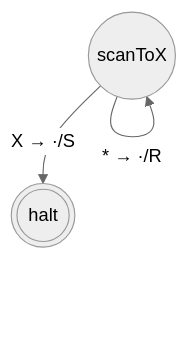
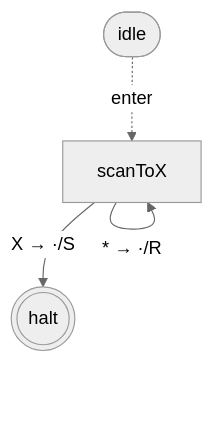
One commit to mellonis/turing-machine-js changed the seventh of 8 diagrams in packages/machine/README.md. Above: the diagram before and after it, drawn with Mermaid (neutral theme). The commit also changed other lines of this file and 5 other files, not shown here.

````diff
--- a/packages/machine/README.md
+++ b/packages/machine/README.md
@@ -428,8 +434,10 @@
 ```mermaid
 flowchart TD
 %% alphabets: [[" ","a","b","X"]]
   s0(((halt)))
-  s1(("scanToX"))
+  s1["scanToX"]
+  idle([idle])
+  idle -. enter .-> s1
   s1 -- "X → ·/S" --> s0
   s1 -- "* → ·/R" --> s1
 ```
````
